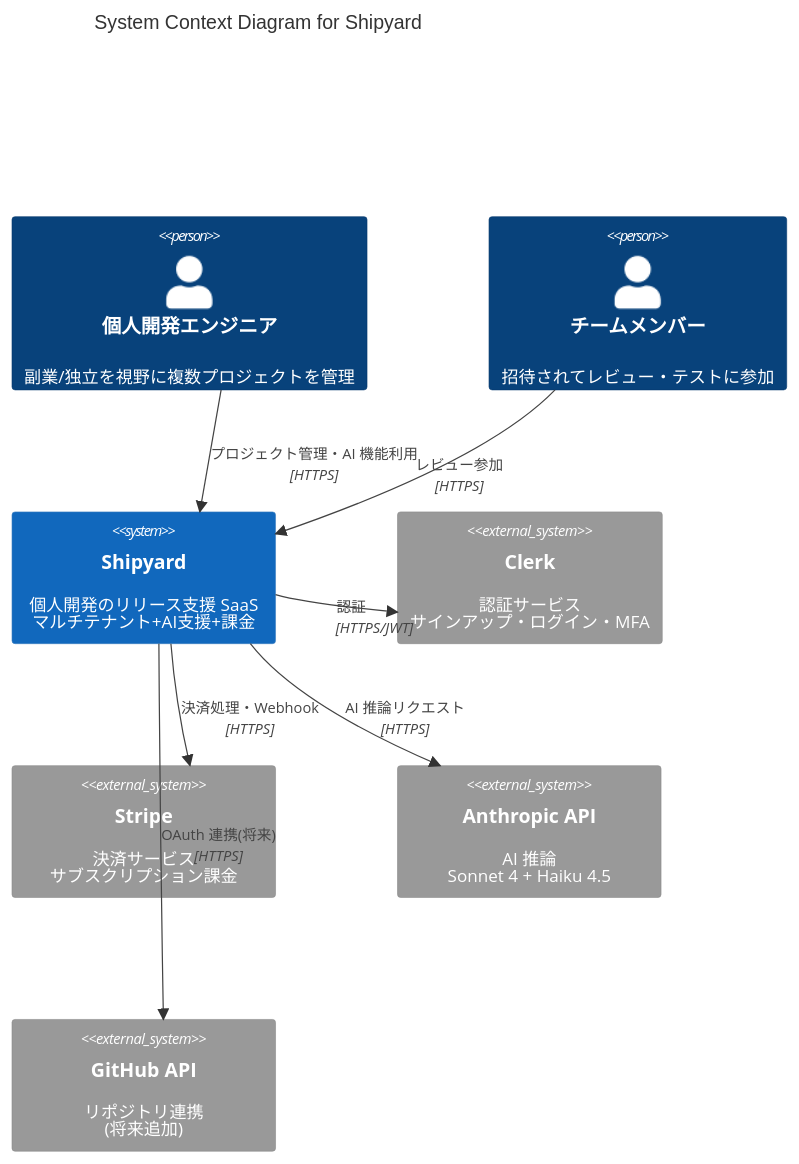
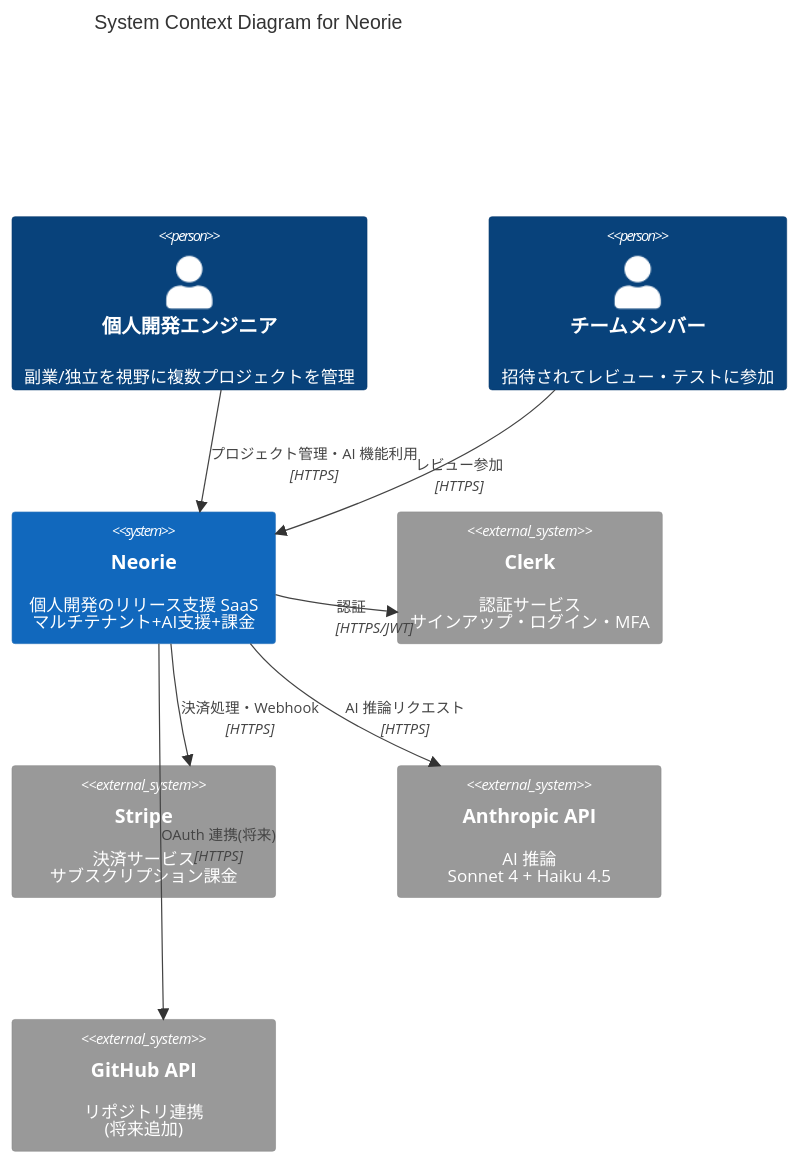
One commit to shintarokono-engineer/ship-yard changed the first of 3 diagrams in docs/architecture.md. Above: the diagram before and after it, drawn with Mermaid. The commit also changed other lines of this file and 31 other files, not shown here.

````diff
--- a/docs/architecture.md
+++ b/docs/architecture.md
@@ -11,23 +11,23 @@
 ```mermaid
 C4Context
-    title System Context Diagram for Shipyard
+    title System Context Diagram for Neorie
 
     Person(indieDev, "個人開発エンジニア", "副業/独立を視野に複数プロジェクトを管理")
     Person(teamMember, "チームメンバー", "招待されてレビュー・テストに参加")
 
-    System(shipyard, "Shipyard", "個人開発のリリース支援 SaaS<br/>マルチテナント+AI支援+課金")
+    System(shipyard, "Neorie", "個人開発のリリース支援 SaaS<br/>マルチテナント+AI支援+課金")
 
     System_Ext(clerk, "Clerk", "認証サービス<br/>サインアップ・ログイン・MFA")
     System_Ext(stripe, "Stripe", "決済サービス<br/>サブスクリプション課金")
     System_Ext(anthropic, "Anthropic API", "AI 推論<br/>Sonnet 4 + Haiku 4.5")
     System_Ext(github, "GitHub API", "リポジトリ連携<br/>(将来追加)")
 
     Rel(indieDev, shipyard, "プロジェクト管理・AI 機能利用", "HTTPS")
     Rel(teamMember, shipyard, "レビュー参加", "HTTPS")
     Rel(shipyard, clerk, "認証", "HTTPS/JWT")
     Rel(shipyard, stripe, "決済処理・Webhook", "HTTPS")
     Rel(shipyard, anthropic, "AI 推論リクエスト", "HTTPS")
     Rel(shipyard, github, "OAuth 連携(将来)", "HTTPS")
 
     UpdateLayoutConfig($c4ShapeInRow="3", $c4BoundaryInRow="1")
 ```
````
